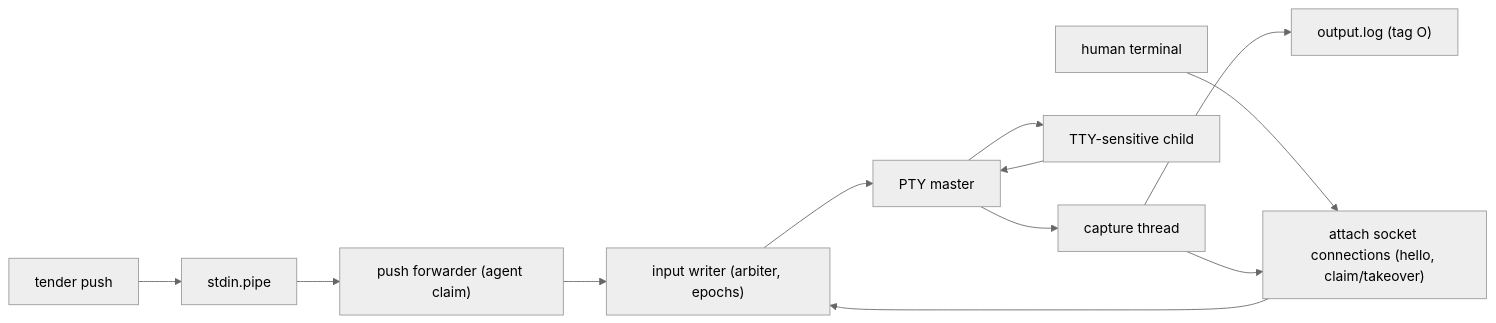
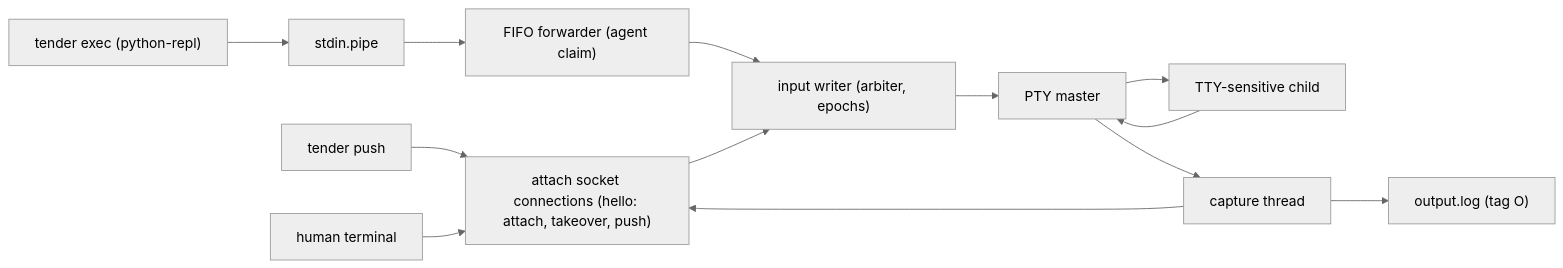
One commit to grumpydevorg/agenttender changed the second of 2 diagrams in docs/architecture/04-pty-lane.md. Above: the diagram before and after it, drawn with Mermaid (neutral theme). The commit also changed other lines of this file and 6 other files, not shown here.

````diff
--- a/docs/architecture/04-pty-lane.md
+++ b/docs/architecture/04-pty-lane.md
@@ -54,14 +59,15 @@
 ```mermaid
 flowchart LR
-    Push["tender push"] --> FIFO["stdin.pipe"]
-    FIFO --> Forwarder["push forwarder (agent claim)"]
-    Human["human terminal"] --> Attach["attach socket connections (hello, claim/takeover)"]
+    Push["tender push"] --> Attach
+    Exec["tender exec (python-repl)"] --> FIFO["stdin.pipe"]
+    FIFO --> Forwarder["FIFO forwarder (agent claim)"]
+    Human["human terminal"] --> Attach["attach socket connections (hello: attach, takeover, push)"]
     Forwarder --> Writer["input writer (arbiter, epochs)"]
     Attach --> Writer
     Writer --> PTY["PTY master"]
     PTY --> Child["TTY-sensitive child"]
     Child --> PTY
     PTY --> Capture["capture thread"]
     Capture --> Log["output.log (tag O)"]
     Capture --> Attach
 ```
````
